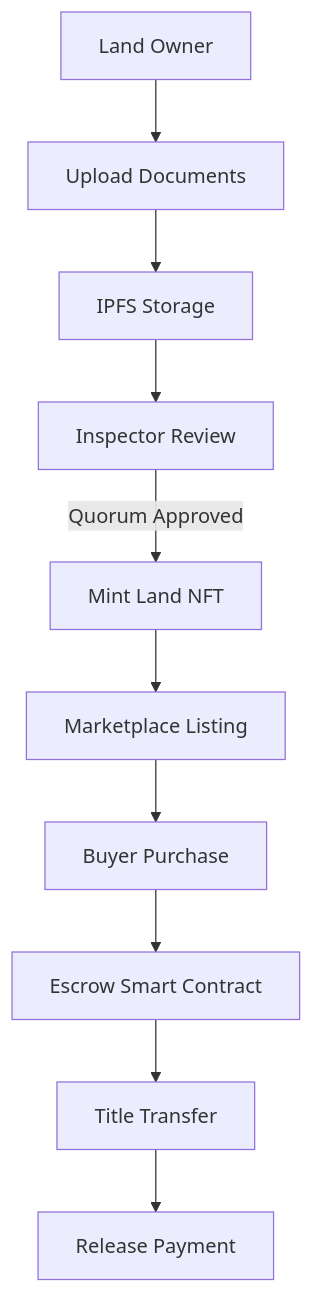
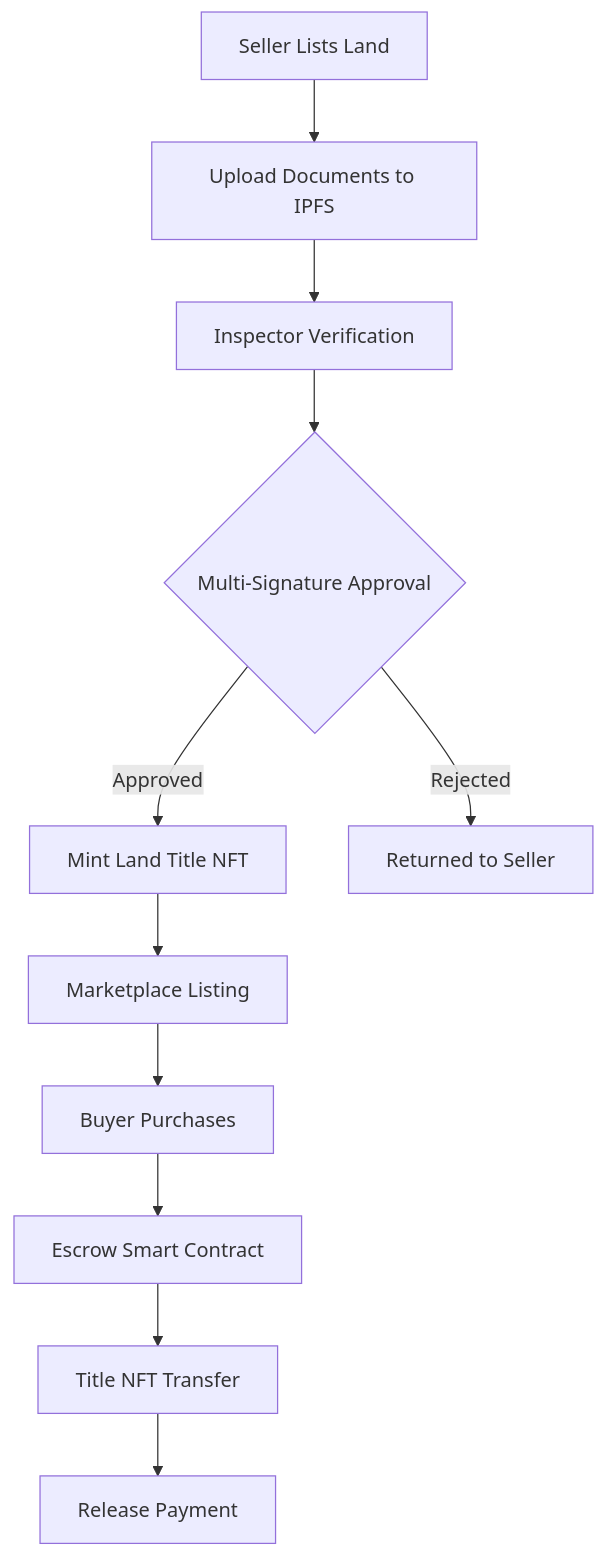
Before and after one commit to Irenenditi/Mantle-bima: the diagram in README.md, drawn with Mermaid. The commit also changed other lines of this file, not shown here.

````diff
--- a/README.md
+++ b/README.md
@@ -68,12 +56,13 @@
 ```mermaid
 graph TD
-    A[Land Owner] --> B[Upload Documents]
-    B --> C[IPFS Storage]
-    C --> D[Inspector Review]
-    D -->|Quorum Approved| E[Mint Land NFT]
-    E --> F[Marketplace Listing]
-    F --> G[Buyer Purchase]
-    G --> H[Escrow Smart Contract]
-    H --> I[Title Transfer]
-    I --> J[Release Payment]
+    A[Seller Lists Land] --> B[Upload Documents to IPFS];
+    B --> C[Inspector Verification];
+    C --> D{Multi-Signature Approval};
+    D -->|Approved| E[Mint Land Title NFT];
+    D -->|Rejected| F[Returned to Seller];
+    E --> G[Marketplace Listing];
+    G --> H[Buyer Purchases];
+    H --> I[Escrow Smart Contract];
+    I --> J[Title NFT Transfer];
+    J --> K[Release Payment];
 ```
````
